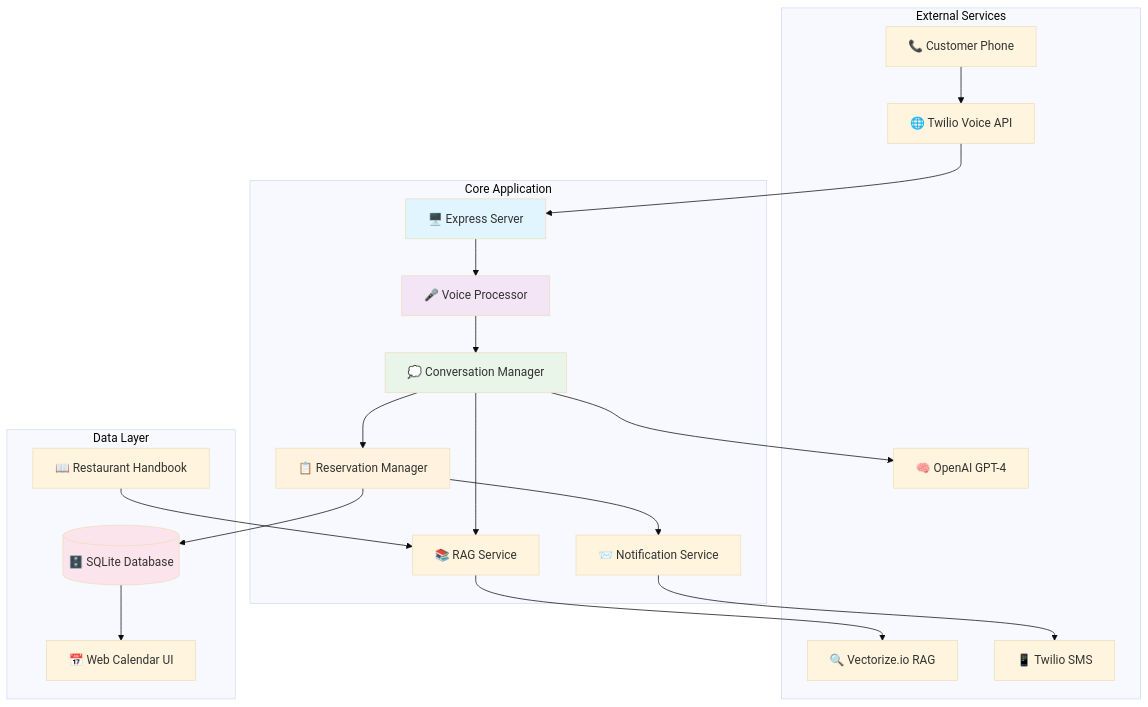
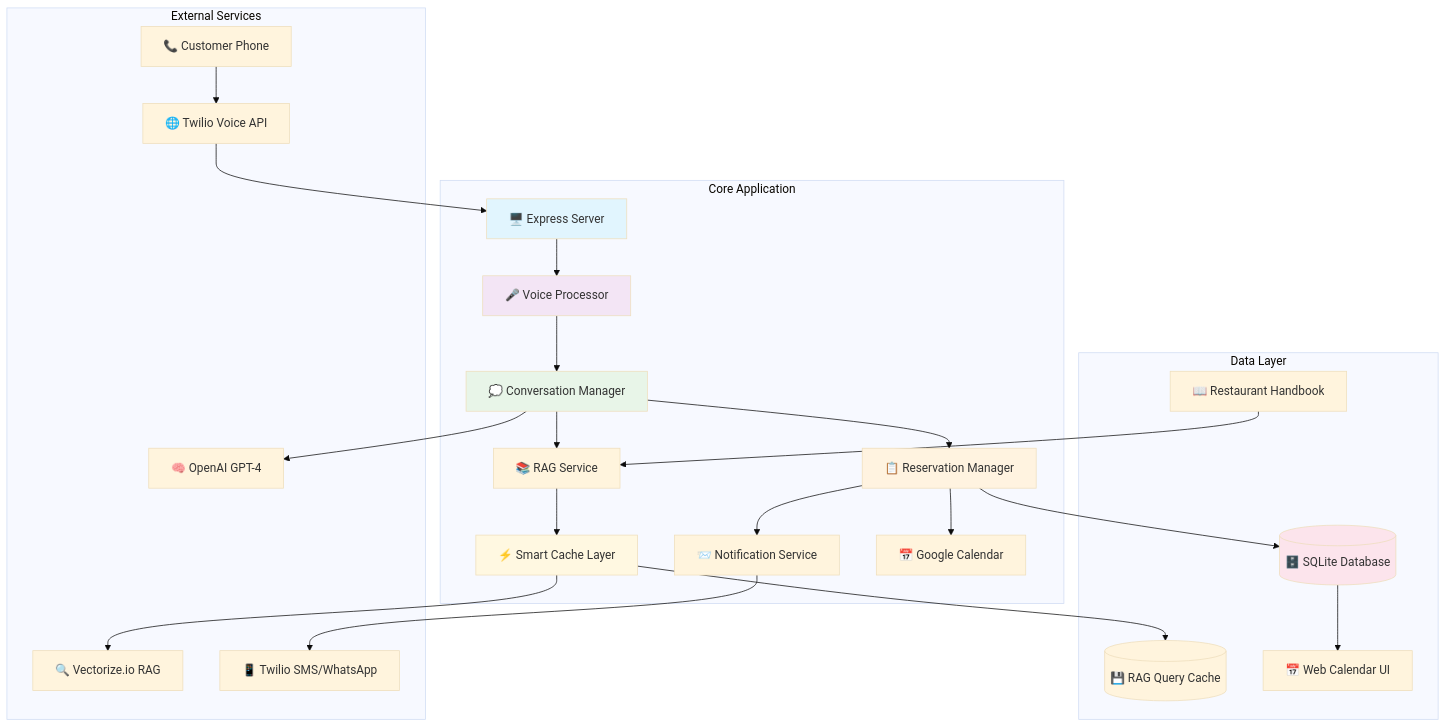
Before and after one commit to pathways-2/voiceagent: the first of 4 diagrams in README.md, drawn with Mermaid (base theme). The commit also changed other lines of this file, not shown here.

````diff
--- a/README.md
+++ b/README.md
@@ -25,45 +56,52 @@
 ```mermaid
 graph TB
     subgraph "External Services"
         PHONE[📞 Customer Phone]
         TWILIO[🌐 Twilio Voice API]
         OPENAI[🧠 OpenAI GPT-4]
         VECTORIZE[🔍 Vectorize.io RAG]
-        SMS[📱 Twilio SMS]
+        SMS[📱 Twilio SMS/WhatsApp]
     end
     
     subgraph "Core Application"
         SERVER[🖥️ Express Server]
         VOICE[🎤 Voice Processor]
         CONV[💭 Conversation Manager]
         RAG[📚 RAG Service]
+        CACHE[⚡ Smart Cache Layer]
         RES[📋 Reservation Manager]
         NOTIF[📨 Notification Service]
+        GCAL[📅 Google Calendar]
     end
     
     subgraph "Data Layer"
         DB[(🗄️ SQLite Database)]
+        RAGCACHE[(💾 RAG Query Cache)]
         HANDBOOK[📖 Restaurant Handbook]
         CALENDAR[📅 Web Calendar UI]
     end
     
     PHONE --> TWILIO
     TWILIO --> SERVER
     SERVER --> VOICE
     VOICE --> CONV
     CONV --> OPENAI
     CONV --> RAG
-    RAG --> VECTORIZE
+    RAG --> CACHE
+    CACHE --> VECTORIZE
+    CACHE --> RAGCACHE
     CONV --> RES
     RES --> DB
+    RES --> GCAL
     RES --> NOTIF
     NOTIF --> SMS
     HANDBOOK --> RAG
     DB --> CALENDAR
     
     style SERVER fill:#e1f5fe
     style VOICE fill:#f3e5f5
     style CONV fill:#e8f5e8
+    style CACHE fill:#fff8e1
     style RES fill:#fff3e0
     style DB fill:#fce4ec
 ```
````
